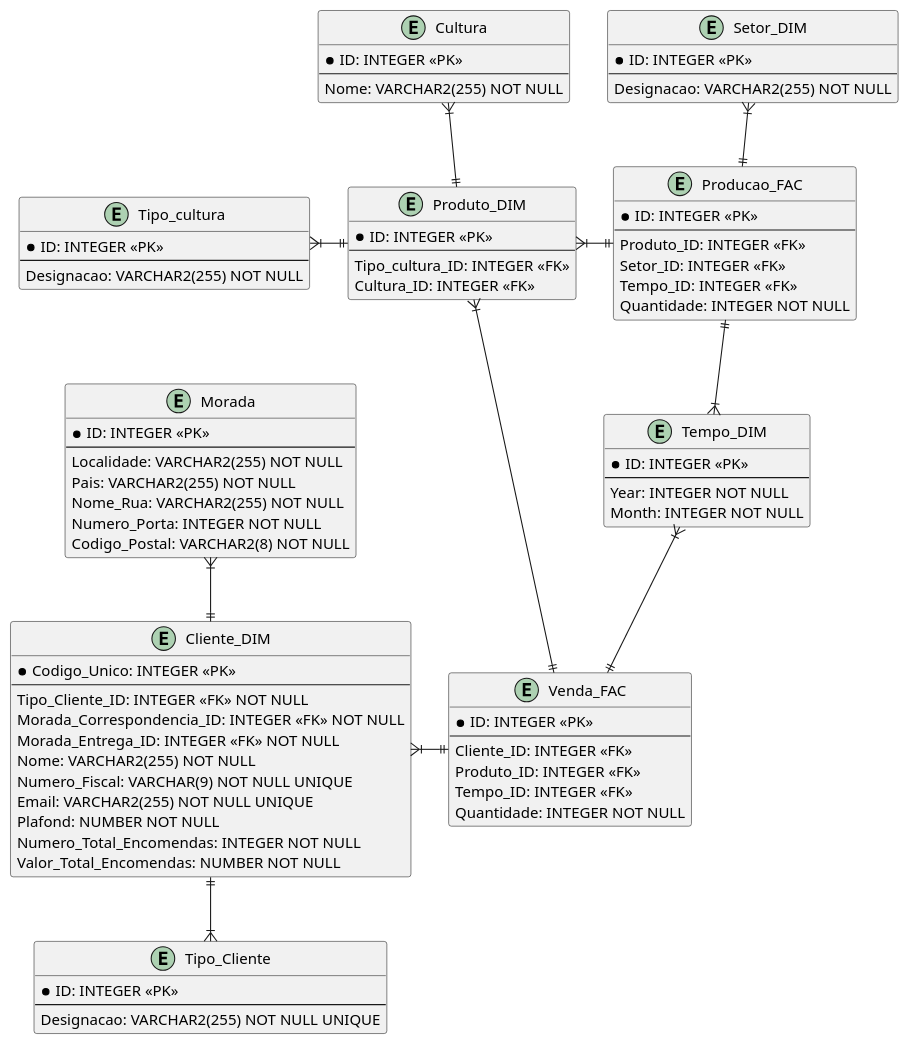
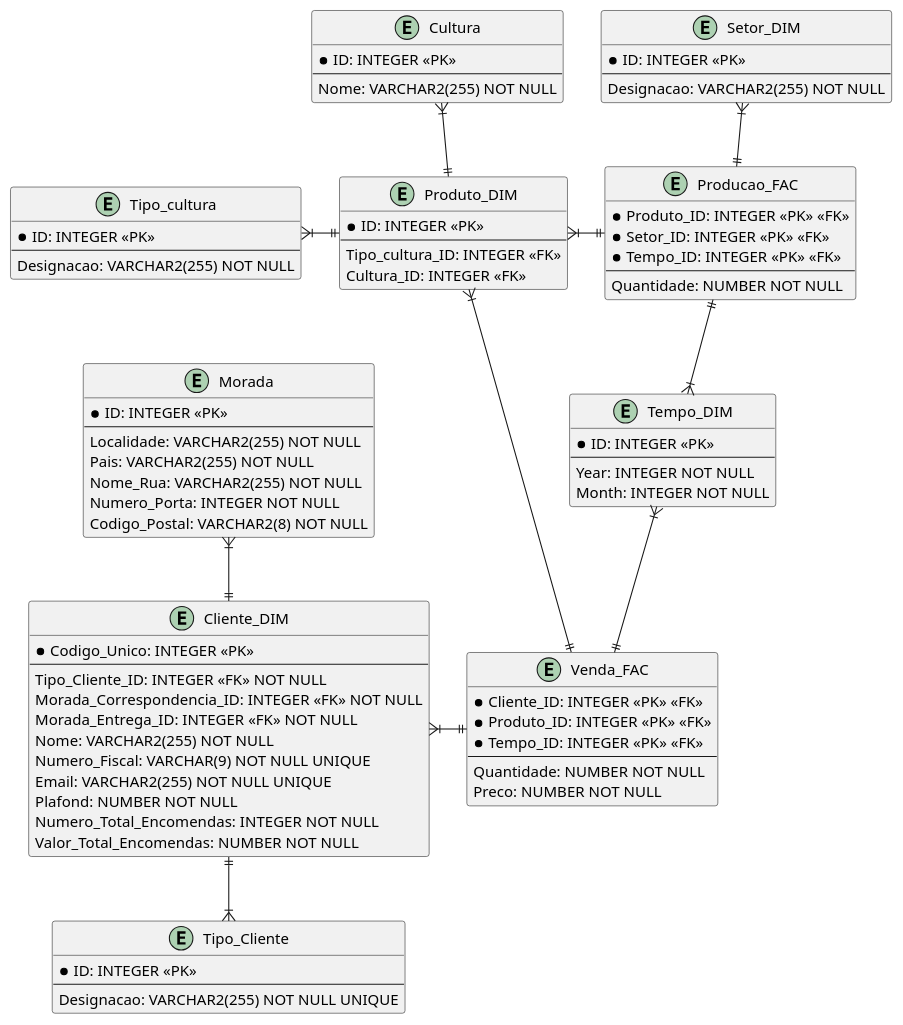
The diagram in BDDAD/US214/Data_Warehouse.puml (Mendoncaa/LAPR3), drawn with PlantUML before and after one commit. The commit also changed 3 other files, not shown here.

```diff
--- a/BDDAD/US214/Data_Warehouse.puml
+++ b/BDDAD/US214/Data_Warehouse.puml
@@ -1,96 +1,95 @@
 
 entity Setor_DIM {
     * ID: INTEGER <<PK>>
     --
     Designacao: VARCHAR2(255) NOT NULL
 }
 
 entity Cultura {
     * ID: INTEGER <<PK>>
     --
     Nome: VARCHAR2(255) NOT NULL
 }
 
 entity Tipo_cultura {
     * ID: INTEGER <<PK>>
     --
     Designacao: VARCHAR2(255) NOT NULL
 }
 
 entity Produto_DIM {
     * ID: INTEGER <<PK>>
     --
     Tipo_cultura_ID: INTEGER <<FK>>
     Cultura_ID: INTEGER <<FK>>
 }
 
 entity Tempo_DIM {
     * ID: INTEGER <<PK>>
     --
     Year: INTEGER NOT NULL
     Month: INTEGER NOT NULL
 }
 
 
 entity Cliente_DIM {
     * Codigo_Unico: INTEGER <<PK>>
     --
     Tipo_Cliente_ID: INTEGER <<FK>> NOT NULL
     Morada_Correspondencia_ID: INTEGER <<FK>> NOT NULL
     Morada_Entrega_ID: INTEGER <<FK>> NOT NULL
     Nome: VARCHAR2(255) NOT NULL
     Numero_Fiscal: VARCHAR(9) NOT NULL UNIQUE
     Email: VARCHAR2(255) NOT NULL UNIQUE
     Plafond: NUMBER NOT NULL
     Numero_Total_Encomendas: INTEGER NOT NULL
     Valor_Total_Encomendas: NUMBER NOT NULL
 }
 
 
 entity Morada {
     * ID: INTEGER <<PK>>
     --
     Localidade: VARCHAR2(255) NOT NULL
     Pais: VARCHAR2(255) NOT NULL
     Nome_Rua: VARCHAR2(255) NOT NULL
     Numero_Porta: INTEGER NOT NULL
     Codigo_Postal: VARCHAR2(8) NOT NULL
 }
 
 
 entity Tipo_Cliente {
     * ID: INTEGER <<PK>>
     --
     Designacao: VARCHAR2(255) NOT NULL UNIQUE
 }
 
 entity Producao_FAC {
-    * ID: INTEGER <<PK>>
+    *Produto_ID: INTEGER <<PK>> <<FK>>
+    *Setor_ID: INTEGER <<PK>> <<FK>>
+    *Tempo_ID: INTEGER <<PK>> <<FK>>
     --
-    Produto_ID: INTEGER <<FK>>
-    Setor_ID: INTEGER <<FK>>
-    Tempo_ID: INTEGER <<FK>>
-    Quantidade: INTEGER NOT NULL
+    Quantidade: NUMBER NOT NULL
 }
 
 entity Venda_FAC {
-    * ID: INTEGER <<PK>>
+    *Cliente_ID: INTEGER <<PK>> <<FK>>
+    *Produto_ID: INTEGER <<PK>> <<FK>>
+    *Tempo_ID: INTEGER <<PK>> <<FK>>
     --
-    Cliente_ID: INTEGER <<FK>>
-    Produto_ID: INTEGER <<FK>>
-    Tempo_ID: INTEGER <<FK>>
-    Quantidade: INTEGER NOT NULL
+    Quantidade: NUMBER NOT NULL
+    Preco: NUMBER NOT NULL
 }
 
 Producao_FAC ||-l-|{ Produto_DIM
 Producao_FAC ||-u-|{ Setor_DIM
 Producao_FAC ||-d-|{ Tempo_DIM
 
 Venda_FAC ||-l-|{ Cliente_DIM
 Venda_FAC ||-r-|{ Produto_DIM
 Venda_FAC ||-u-|{ Tempo_DIM
 
 Cliente_DIM ||-u-|{ Morada
 Cliente_DIM ||-d-|{ Tipo_Cliente
 Produto_DIM ||-u-|{ Cultura
 Produto_DIM ||-l-|{ Tipo_cultura
```
